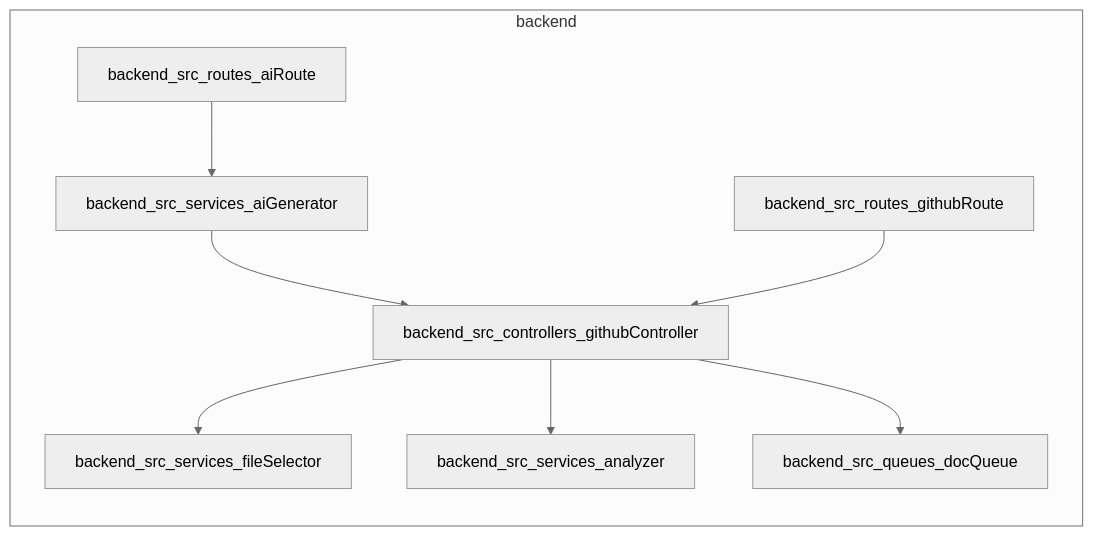
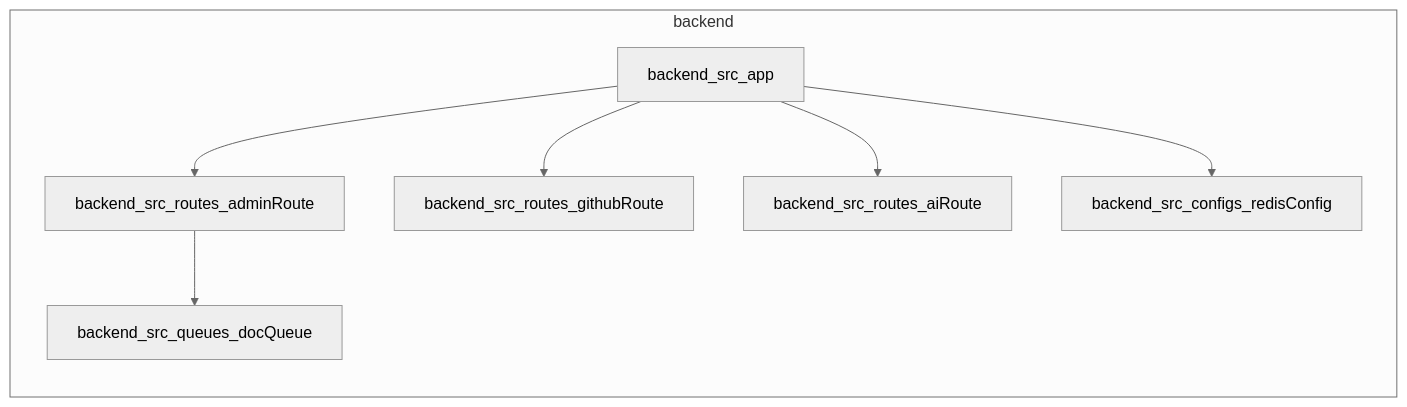
The diagram in README.md (Devesh326/ai-document-generator), drawn with Mermaid (neutral theme) before and after one commit. The commit also changed other lines of this file, not shown here.

````diff
--- a/README.md
+++ b/README.md
@@ -26,11 +26,10 @@
 ```mermaid
 graph LR
   subgraph backend
-    backend_src_controllers_githubController --> backend_src_services_fileSelector
-    backend_src_controllers_githubController --> backend_src_services_analyzer
-    backend_src_controllers_githubController --> backend_src_queues_docQueue
-    backend_src_services_aiGenerator --> backend_src_controllers_githubController
-    backend_src_routes_aiRoute --> backend_src_services_aiGenerator
-    backend_src_routes_githubRoute --> backend_src_controllers_githubController
+    backend_src_routes_adminRoute --> backend_src_queues_docQueue
+    backend_src_app --> backend_src_routes_githubRoute
+    backend_src_app --> backend_src_routes_aiRoute
+    backend_src_app --> backend_src_routes_adminRoute
+    backend_src_app --> backend_src_configs_redisConfig
   end
 ```
````
